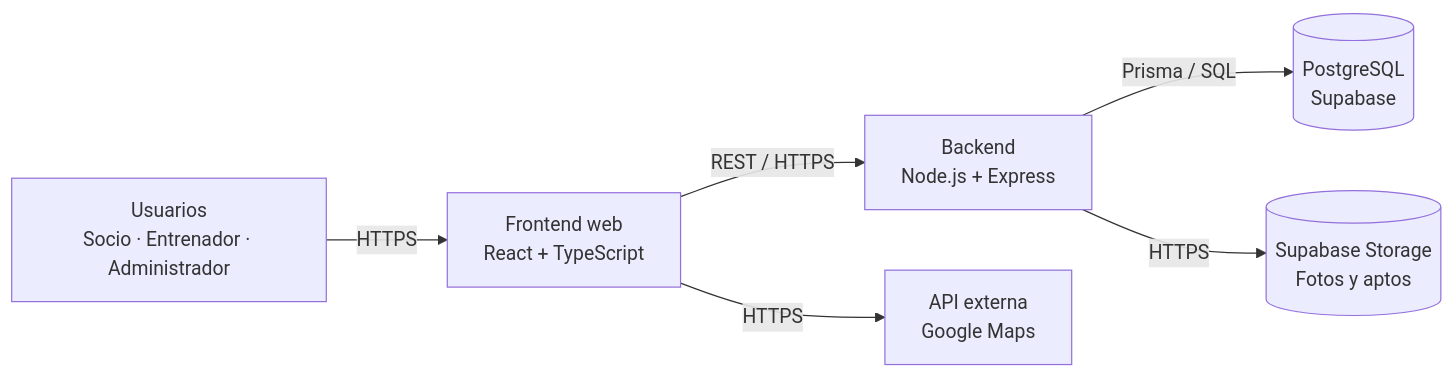
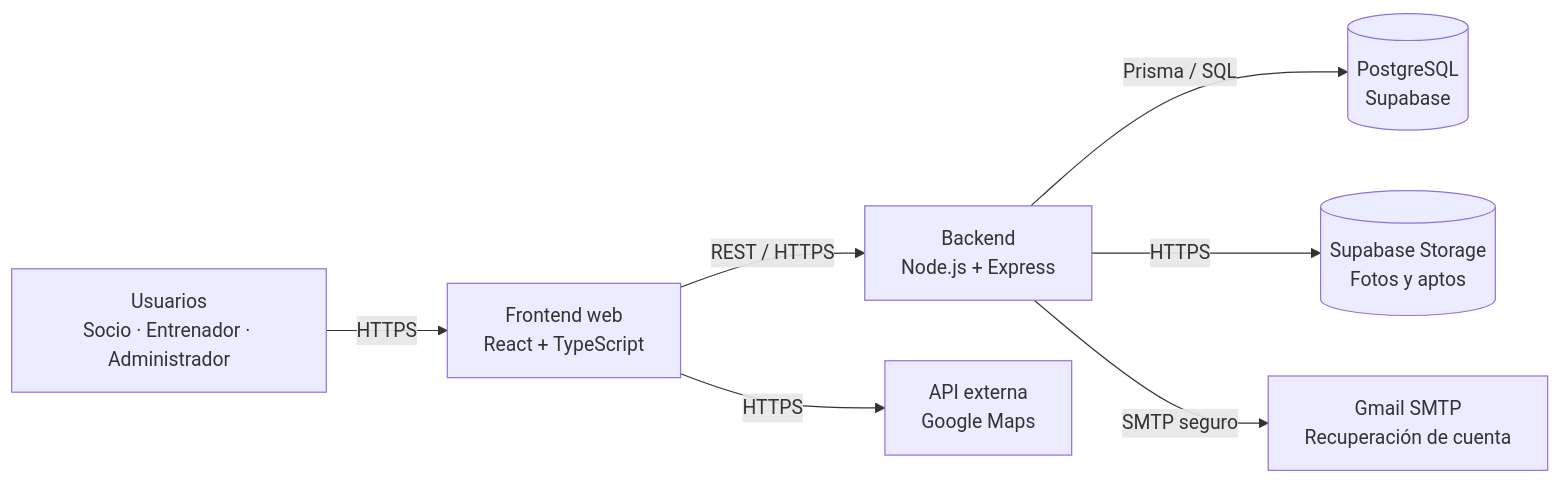
One commit to MTeamOrg/MTeamBackend changed the diagram in docs/diagrama-arquitectura-m-team.md. Above: the diagram before and after it, drawn with Mermaid. The commit also changed other lines of this file and 17 other files, not shown here.

````diff
--- a/docs/diagrama-arquitectura-m-team.md
+++ b/docs/diagrama-arquitectura-m-team.md
@@ -3,15 +3,17 @@
 ```mermaid
 flowchart LR
     U["Usuarios<br/>Socio · Entrenador · Administrador"]
     FE["Frontend web<br/>React + TypeScript"]
     BE["Backend<br/>Node.js + Express"]
     MAPS["API externa<br/>Google Maps"]
+    MAIL["Gmail SMTP<br/>Recuperación de cuenta"]
     DB[("PostgreSQL<br/>Supabase")]
     STORAGE[("Supabase Storage<br/>Fotos y aptos")]
 
     U -->|"HTTPS"| FE
     FE -->|"REST / HTTPS"| BE
     FE -->|"HTTPS"| MAPS
     BE -->|"Prisma / SQL"| DB
     BE -->|"HTTPS"| STORAGE
+    BE -->|"SMTP seguro"| MAIL
 ```
````
